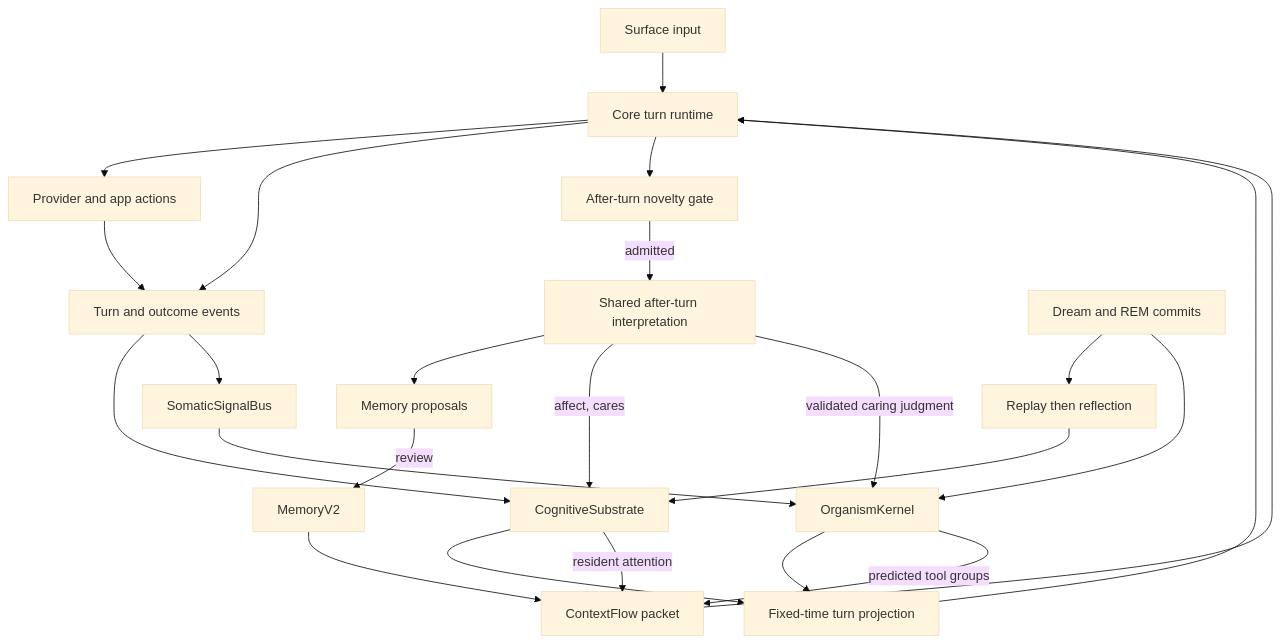
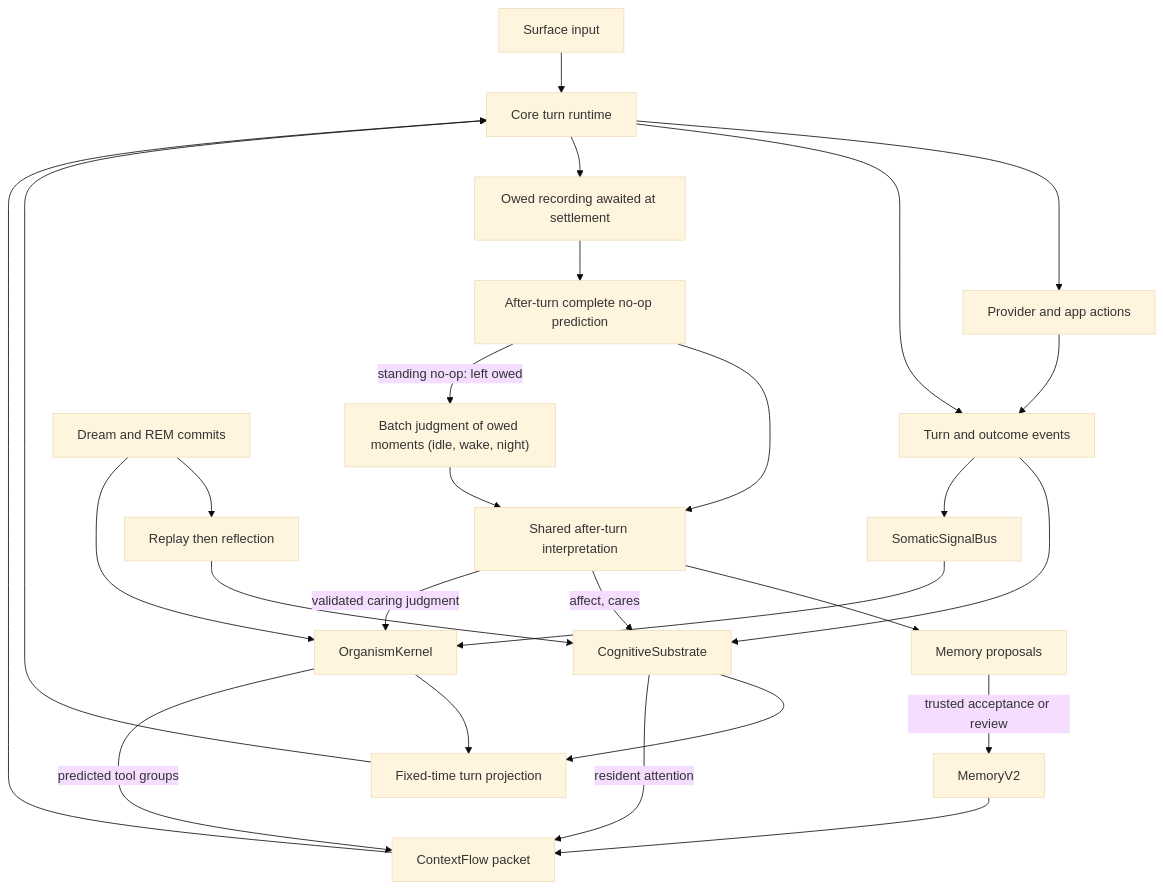
The diagram in docs/COGNITION_WIRING.md (embwl0x/native-agent), drawn with Mermaid (base theme) before and after one commit. The commit also changed other lines of this file and 2210 other files, not shown here.

````diff
--- a/docs/COGNITION_WIRING.md
+++ b/docs/COGNITION_WIRING.md
@@ -33,26 +58,29 @@
 ```mermaid
 flowchart TD
     S["Surface input"] --> T["Core turn runtime"]
     M["MemoryV2"] --> C["ContextFlow packet"]
     C --> T
     T --> P["Provider and app actions"]
     T --> E["Turn and outcome events"]
     P --> E
     E --> SUB["CognitiveSubstrate"]
     E --> BUS["SomaticSignalBus"]
     BUS --> O["OrganismKernel"]
-    T --> N["After-turn novelty gate"]
-    N -->|admitted| A["Shared after-turn interpretation"]
+    T --> J["Owed recording awaited at settlement"]
+    J --> N["After-turn complete no-op prediction"]
+    N --> A["Shared after-turn interpretation"]
+    N -->|standing no-op: left owed| B["Batch judgment of owed moments (idle, wake, night)"]
+    B --> A
     A --> Q["Memory proposals"]
-    Q -->|review| M
+    Q -->|trusted acceptance or review| M
     A -->|affect, cares| SUB
     A -->|validated caring judgment| O
     SUB --> F["Fixed-time turn projection"]
     O --> F
     F --> T
     SUB -->|resident attention| C
     O -->|predicted tool groups| C
     D["Dream and REM commits"] --> R["Replay then reflection"]
     R --> SUB
     D --> O
 ```
````
